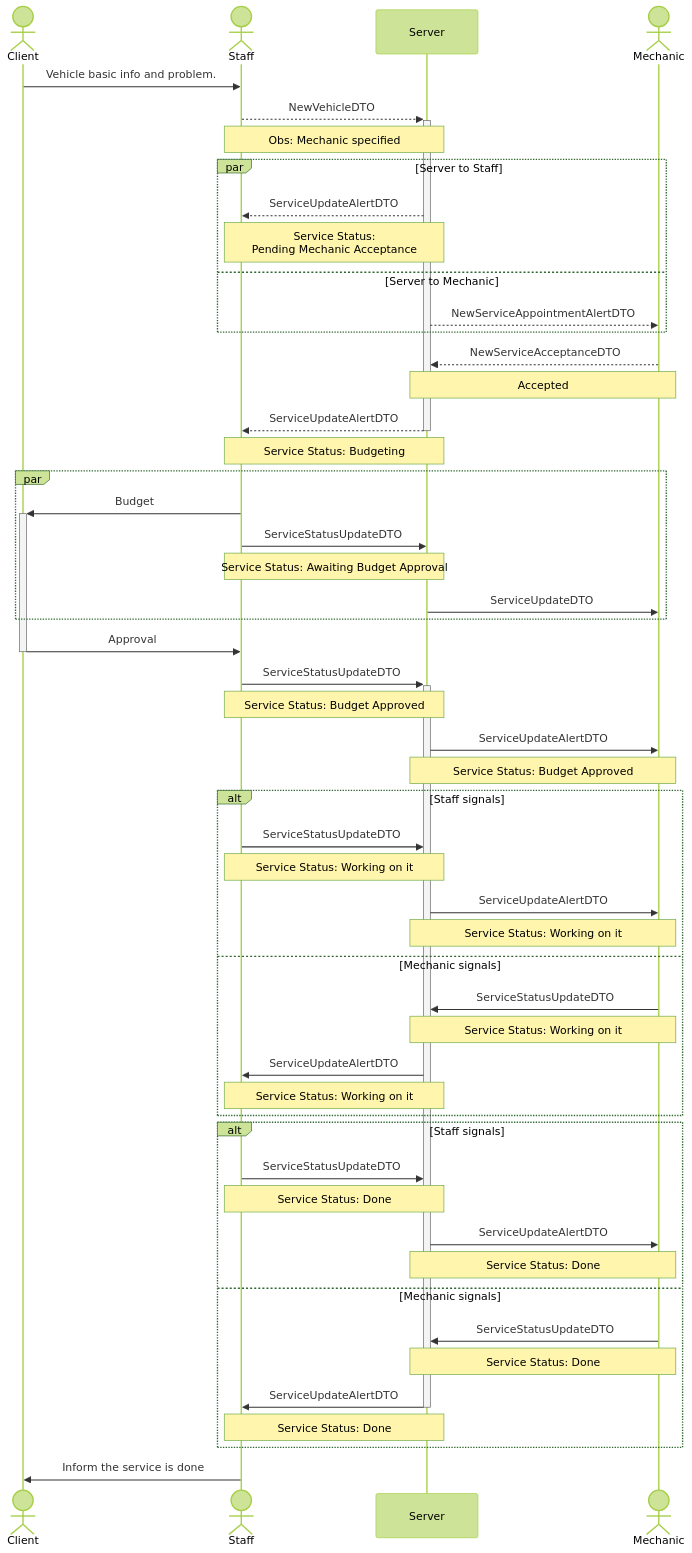
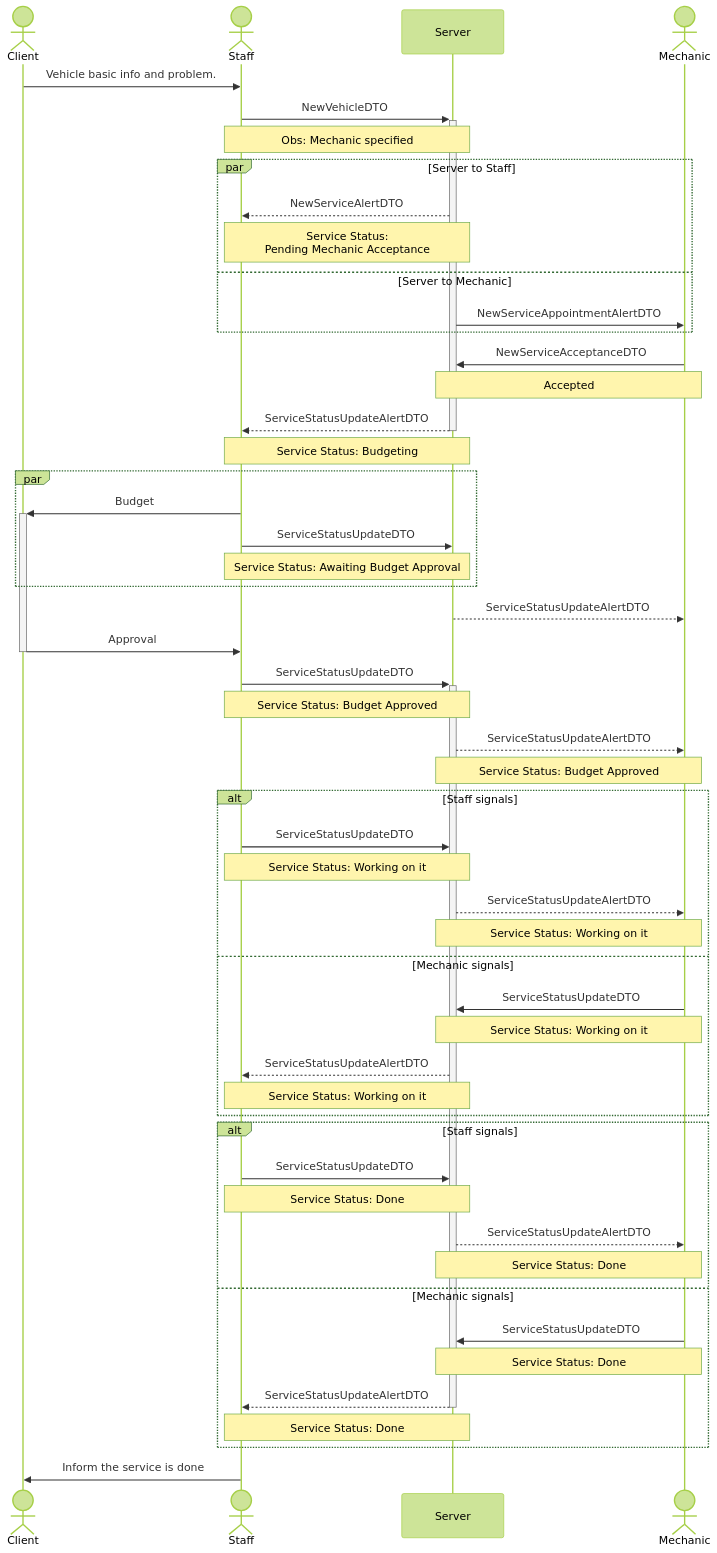
Before and after one commit to Gabriel-FC-Comp/workshop-car-management-app: the first of 6 diagrams in docs/flow-planning.md, drawn with Mermaid (forest theme). The commit also changed other lines of this file, not shown here.

Commit message:
docs(planning): add new flows + update existing flows

````diff
--- a/docs/flow-planning.md
+++ b/docs/flow-planning.md
@@ -12,55 +11,55 @@
 ```mermaid
 sequenceDiagram
     actor Client
     actor Staff
     participant Server
     actor Mechanic
 
     Client->>Staff: Vehicle basic info and problem.
-    Staff-->>+Server: NewVehicleDTO
+    Staff->>+Server: NewVehicleDTO
     Note over Staff, Server: Obs: Mechanic specified
     par Server to Staff
-        Server -->>Staff: ServiceUpdateAlertDTO
+        Server -->>Staff: NewServiceAlertDTO
         Note over Server, Staff: Service Status:<br/>Pending Mechanic Acceptance
     and Server to Mechanic
-        Server-->>Mechanic: NewServiceAppointmentAlertDTO
+        Server->>Mechanic: NewServiceAppointmentAlertDTO
     end
-    Mechanic-->>Server: NewServiceAcceptanceDTO
+    Mechanic->>Server: NewServiceAcceptanceDTO
     Note over Mechanic, Server: Accepted
-    Server -->>-Staff: ServiceUpdateAlertDTO 
+    Server -->>-Staff: ServiceStatusUpdateAlertDTO 
     Note over Server, Staff: Service Status: Budgeting
     par
         Staff ->> +Client: Budget
         Staff ->> Server: ServiceStatusUpdateDTO
         Note over Staff, Server: Service Status: Awaiting Budget Approval
-        Server ->> Mechanic: ServiceUpdateDTO
     end
+    Server -->> Mechanic: ServiceStatusUpdateAlertDTO
     Client ->> -Staff: Approval
     Staff ->> +Server: ServiceStatusUpdateDTO
     Note over Staff, Server: Service Status: Budget Approved
-    Server ->> Mechanic: ServiceUpdateAlertDTO
+    Server -->> Mechanic: ServiceStatusUpdateAlertDTO
     Note over Server, Mechanic: Service Status: Budget Approved
     alt Staff signals
         Staff ->> Server: ServiceStatusUpdateDTO
         Note over Staff, Server: Service Status: Working on it
-        Server ->> Mechanic: ServiceUpdateAlertDTO
+        Server -->> Mechanic: ServiceStatusUpdateAlertDTO
         Note over Server, Mechanic: Service Status: Working on it
     else Mechanic signals
         Mechanic ->> Server: ServiceStatusUpdateDTO
         Note over Mechanic, Server: Service Status: Working on it
-        Server ->> Staff: ServiceUpdateAlertDTO
+        Server -->> Staff: ServiceStatusUpdateAlertDTO
         Note over Server, Staff: Service Status: Working on it
     end
     alt Staff signals
         Staff ->> Server: ServiceStatusUpdateDTO
         Note over Staff, Server: Service Status: Done
-        Server ->> Mechanic: ServiceUpdateAlertDTO
+        Server -->> Mechanic: ServiceStatusUpdateAlertDTO
         Note over Server, Mechanic: Service Status: Done
     else Mechanic signals
         Mechanic ->> Server: ServiceStatusUpdateDTO
         Note over Mechanic, Server: Service Status: Done
-        Server ->> -Staff: ServiceUpdateAlertDTO
+        Server -->> -Staff: ServiceStatusUpdateAlertDTO
         Note over Server, Staff: Service Status: Done
     end
     Staff ->> Client: Inform the service is done 
 ```
````
